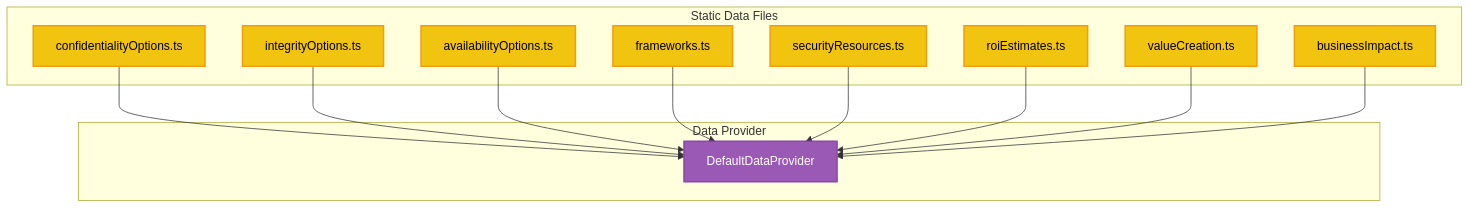
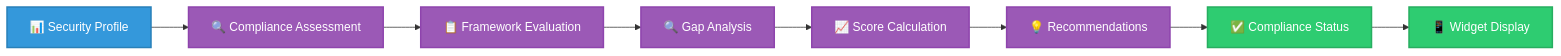
The sixth of 6 diagrams in docs/architecture/DATA_MODEL.md (Hack23/cia-compliance-manager), drawn with Mermaid before and after one commit. The commit also changed other lines of this file and 1 other file, not shown here.

First line of the commit message:
docs: update DATA_MODEL.md with v1.0 type definitions and widget props (#713)

````diff
--- a/docs/architecture/DATA_MODEL.md
+++ b/docs/architecture/DATA_MODEL.md
@@ -246,32 +1450,18 @@
 ```mermaid
-flowchart TD
-    subgraph "Static Data Files"
-        confidentialityOpts["confidentialityOptions.ts"]
-        integrityOpts["integrityOptions.ts"]
-        availabilityOpts["availabilityOptions.ts"]
-        frameworks["frameworks.ts"]
-        resources["securityResources.ts"]
-        roiData["roiEstimates.ts"]
-        valueCreation["valueCreation.ts"]
-        businessImpact["businessImpact.ts"]
-    end
+flowchart LR
+    Profile[📊 Security Profile] --> Assessment[🔍 Compliance Assessment]
+    Assessment --> Frameworks[📋 Framework Evaluation]
+    Frameworks --> Gap[🔍 Gap Analysis]
+    Gap --> Score[📈 Score Calculation]
+    Score --> Recommendations[💡 Recommendations]
+    Recommendations --> Status[✅ Compliance Status]
+    Status --> Display[📱 Widget Display]
     
-    subgraph "Data Provider"
-        DefaultDP[DefaultDataProvider]
-    end
+    classDef input fill:#3498db,stroke:#2980b9,stroke-width:2px,color:#fff
+    classDef process fill:#9b59b6,stroke:#8e44ad,stroke-width:2px,color:#fff
+    classDef output fill:#2ecc71,stroke:#27ae60,stroke-width:2px,color:#fff
     
-    confidentialityOpts --> DefaultDP
-    integrityOpts --> DefaultDP
-    availabilityOpts --> DefaultDP
-    frameworks --> DefaultDP
-    resources --> DefaultDP
-    roiData --> DefaultDP
-    valueCreation --> DefaultDP
-    businessImpact --> DefaultDP
-    
-    classDef files fill:#f1c40f,stroke:#f39c12,stroke-width:2px,color:black
-    classDef provider fill:#9b59b6,stroke:#8e44ad,stroke-width:2px,color:white
-    
-    class confidentialityOpts,integrityOpts,availabilityOpts,frameworks,resources,roiData,valueCreation,businessImpact files
-    class DefaultDP provider
+    class Profile input
+    class Assessment,Frameworks,Gap,Score,Recommendations process
+    class Status,Display output
 ```
````
